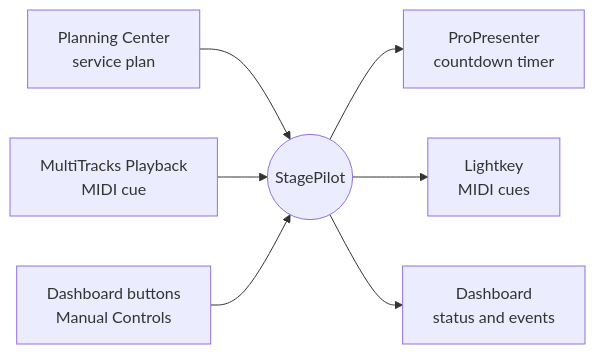
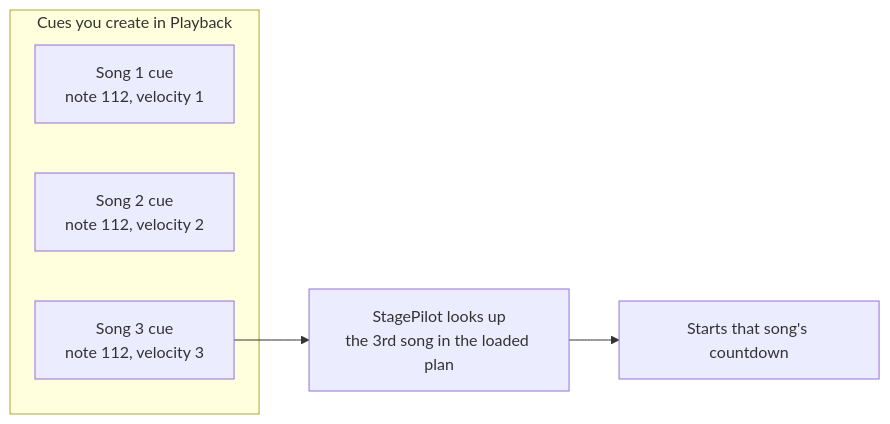
Before and after one commit to tage-ilot/stagepilot: the fourth of 8 diagrams in docs/overview.md, drawn with Mermaid. The commit also changed other lines of this file, not shown here.

````diff
--- a/docs/overview.md
+++ b/docs/overview.md
@@ -7,12 +83,10 @@
 ```mermaid
 flowchart LR
-  PC["Planning Center<br/>service plan"] --> SP
-  PB["MultiTracks Playback<br/>MIDI cue"] --> SP
-  MAN["Dashboard buttons<br/>Manual Controls"] --> SP
-
-  SP(("StagePilot"))
-
-  SP --> PP["ProPresenter<br/>countdown timer"]
-  SP --> LK["Lightkey<br/>MIDI cues"]
-  SP --> DASH["Dashboard<br/>status and events"]
+  subgraph cues ["Cues you create in Playback"]
+    C1["Song 1 cue<br/>note 112, velocity 1"]
+    C2["Song 2 cue<br/>note 112, velocity 2"]
+    C3["Song 3 cue<br/>note 112, velocity 3"]
+  end
+  C3 --> SP["StagePilot looks up<br/>the 3rd song in the loaded plan"]
+  SP --> GO["Starts that song's countdown"]
 ```
````
